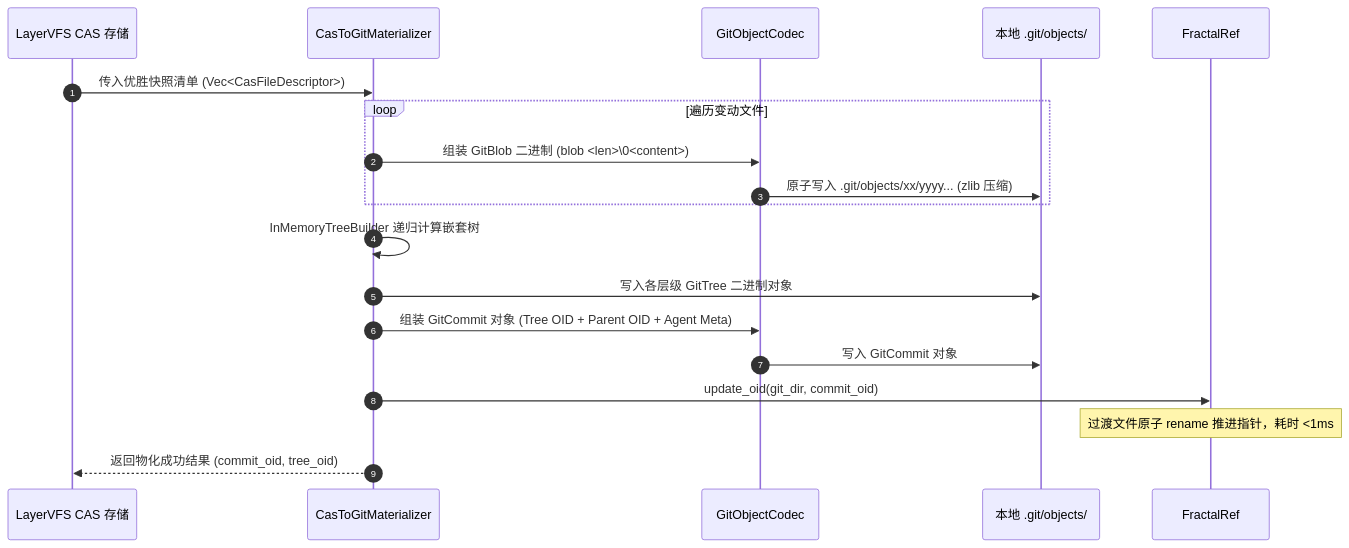
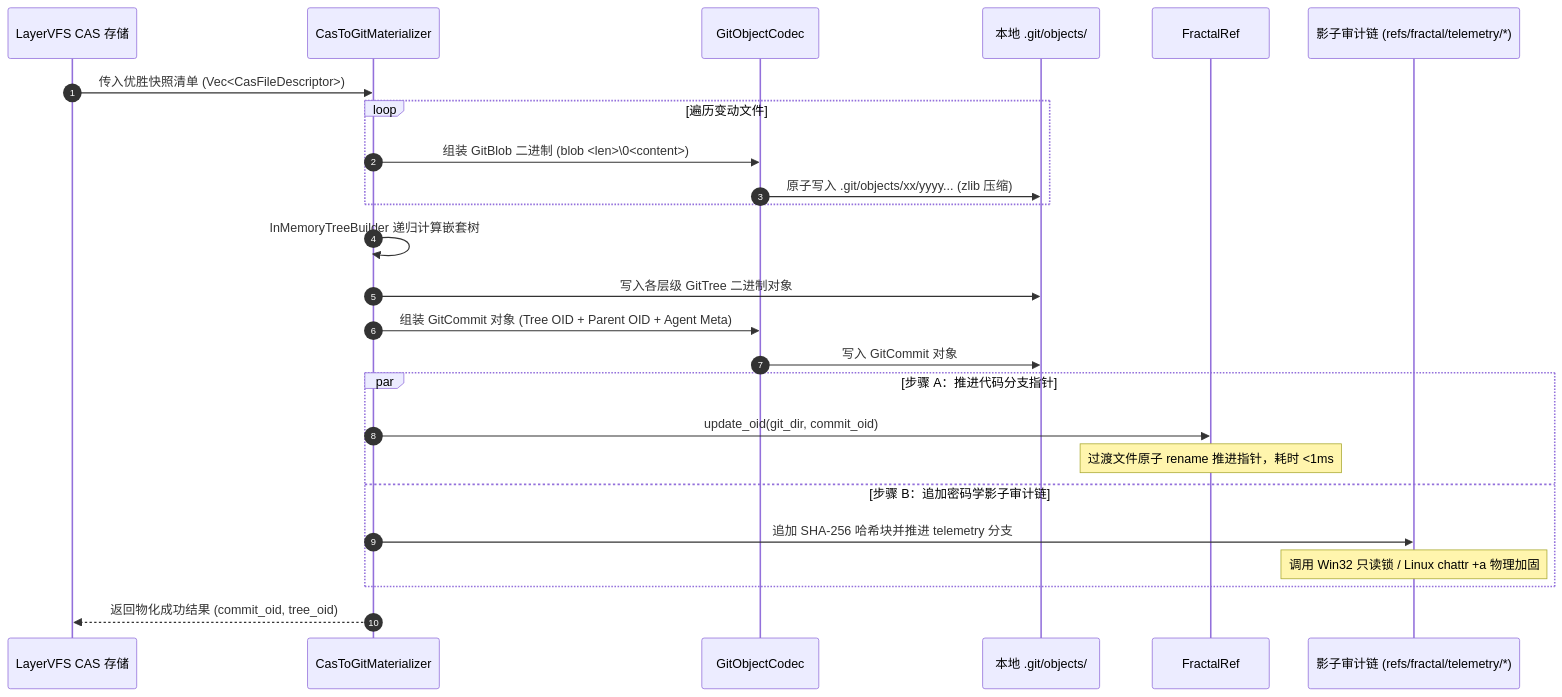
The second of 2 diagrams in fractal-git/docs/04-lockless-in-memory-engine.md (guilingzhouyi-creator/vscode-extensions), drawn with Mermaid before and after one commit. The commit also changed other lines of this file and 84 other files, not shown here.

First line of the commit message:
feat(fractal-git,governance): 落地门禁审计链与拓扑相空间引擎并同步全仓治理规则

````diff
--- a/fractal-git/docs/04-lockless-in-memory-engine.md
+++ b/fractal-git/docs/04-lockless-in-memory-engine.md
@@ -75,27 +75,33 @@
 ```mermaid
 sequenceDiagram
   autonumber
   participant VFS as LayerVFS CAS 存储
   participant Mat as CasToGitMaterializer
   participant Codec as GitObjectCodec
   participant ODB as 本地 .git/objects/
   participant Ref as FractalRef
+  participant Telemetry as 影子审计链 (refs/fractal/telemetry/*)
 
   VFS->>Mat: 传入优胜快照清单 (Vec<CasFileDescriptor>)
   
   loop 遍历变动文件
     Mat->>Codec: 组装 GitBlob 二进制 (blob <len>\0<content>)
     Codec->>ODB: 原子写入 .git/objects/xx/yyyy... (zlib 压缩)
   end
 
   Mat->>Mat: InMemoryTreeBuilder 递归计算嵌套树
   Mat->>ODB: 写入各层级 GitTree 二进制对象
   
   Mat->>Codec: 组装 GitCommit 对象 (Tree OID + Parent OID + Agent Meta)
   Codec->>ODB: 写入 GitCommit 对象
   
-  Mat->>Ref: update_oid(git_dir, commit_oid)
-  Note over Ref: 过渡文件原子 rename 推进指针，耗时 <1ms
+  par 步骤 A：推进代码分支指针
+    Mat->>Ref: update_oid(git_dir, commit_oid)
+    Note over Ref: 过渡文件原子 rename 推进指针，耗时 <1ms
+  and 步骤 B：追加密码学影子审计链
+    Mat->>Telemetry: 追加 SHA-256 哈希块并推进 telemetry 分支
+    Note over Telemetry: 调用 Win32 只读锁 / Linux chattr +a 物理加固
+  end
   
   Mat-->>VFS: 返回物化成功结果 (commit_oid, tree_oid)
 ```
````
